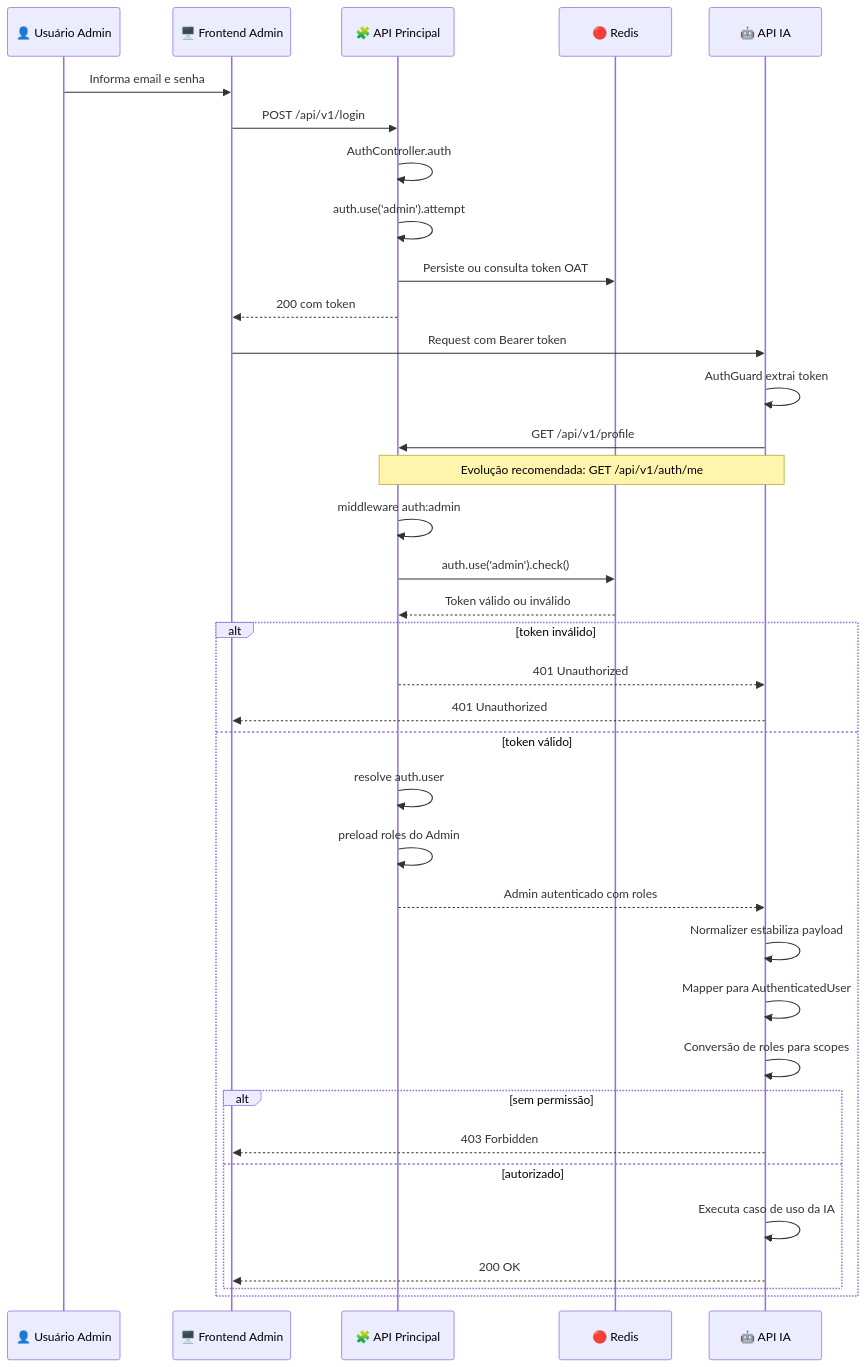
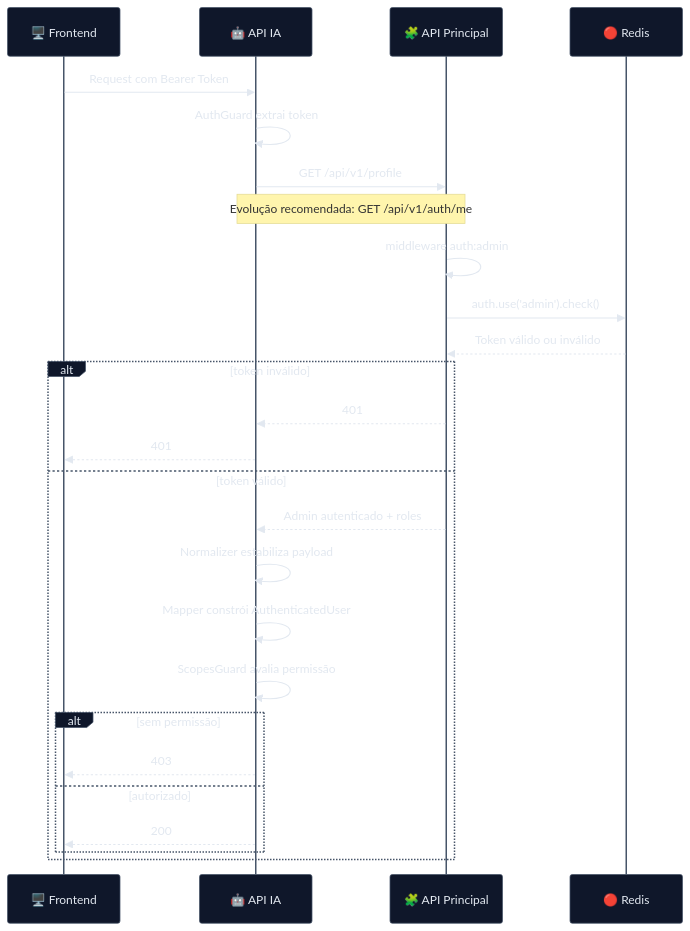
Before and after one commit to matheusdiamantino-betalent/IA: the fourth of 8 diagrams in RFC-0001-Auth.md, drawn with Mermaid. The commit also changed other lines of this file, not shown here.

````diff
--- a/RFC-0001-Auth.md
+++ b/RFC-0001-Auth.md
@@ -494,42 +329,34 @@
 ```mermaid
+%%{init: {'theme':'base','themeVariables': {
+  'primaryColor':'#0f172a','primaryTextColor':'#e2e8f0','primaryBorderColor':'#475569','lineColor':'#94a3b8','secondaryColor':'#111827','tertiaryColor':'#1e293b','background':'#020617','mainBkg':'#0f172a','secondBkg':'#111827','tertiaryBkg':'#1e293b','clusterBkg':'#0b1220','clusterBorder':'#334155','edgeLabelBackground':'#0f172a','fontFamily':'Inter, Segoe UI, Arial'
+}}}%%
 sequenceDiagram
-    participant U as 👤 Usuário Admin
-    participant F as 🖥️ Frontend Admin
+    participant F as 🖥️ Frontend
+    participant I as 🤖 API IA
     participant P as 🧩 API Principal
     participant R as 🔴 Redis
-    participant I as 🤖 API IA
 
-    U->>F: Informa email e senha
-    F->>P: POST /api/v1/login
-    P->>P: AuthController.auth
-    P->>P: auth.use('admin').attempt
-    P->>R: Persiste ou consulta token OAT
-    P-->>F: 200 com token
-
-    F->>I: Request com Bearer token
+    F->>I: Request com Bearer Token
     I->>I: AuthGuard extrai token
     I->>P: GET /api/v1/profile
     Note over I,P: Evolução recomendada: GET /api/v1/auth/me
     P->>P: middleware auth:admin
     P->>R: auth.use('admin').check()
     R-->>P: Token válido ou inválido
 
     alt token inválido
-        P-->>I: 401 Unauthorized
-        I-->>F: 401 Unauthorized
+        P-->>I: 401
+        I-->>F: 401
     else token válido
-        P->>P: resolve auth.user
-        P->>P: preload roles do Admin
-        P-->>I: Admin autenticado com roles
+        P-->>I: Admin autenticado + roles
         I->>I: Normalizer estabiliza payload
-        I->>I: Mapper para AuthenticatedUser
-        I->>I: Conversão de roles para scopes
+        I->>I: Mapper constrói AuthenticatedUser
+        I->>I: ScopesGuard avalia permissão
 
         alt sem permissão
-            I-->>F: 403 Forbidden
+            I-->>F: 403
         else autorizado
-            I->>I: Executa caso de uso da IA
-            I-->>F: 200 OK
+            I-->>F: 200
         end
     end
 ```
````
